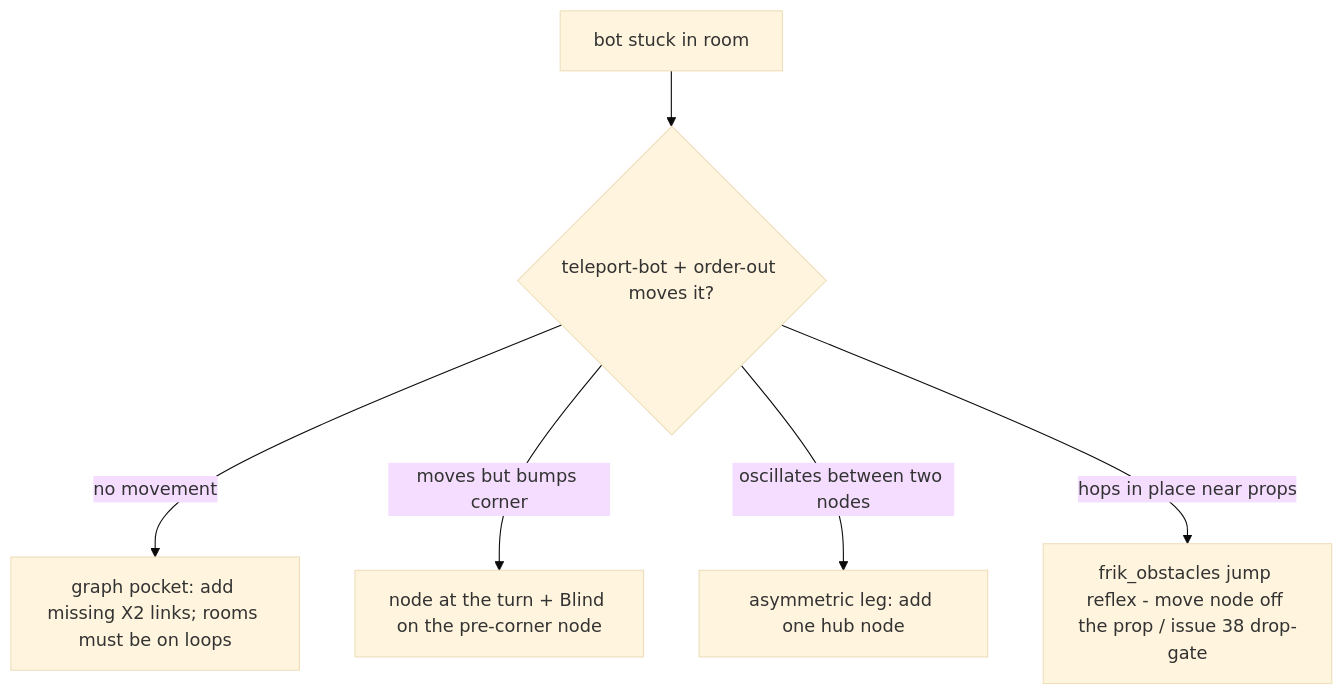
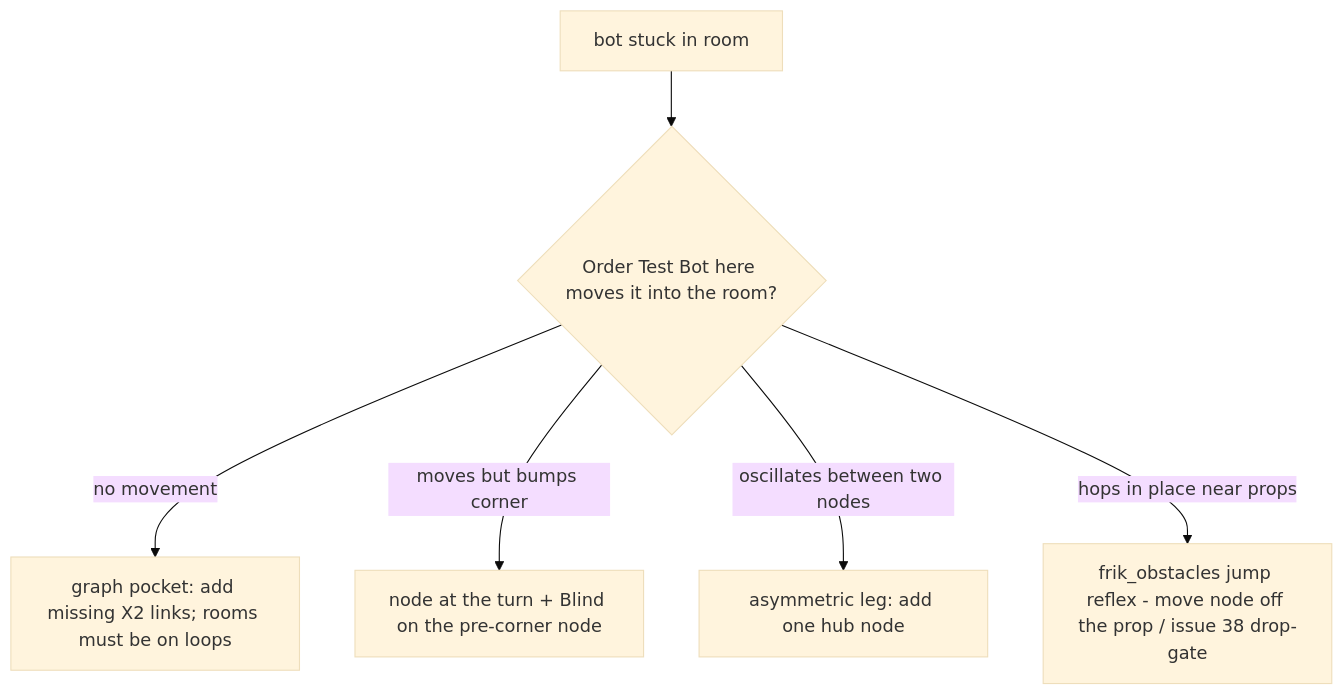
Before and after one commit to mattthw/QuakespasmSolitude: the seventh of 7 diagrams in docs/waypointing-guide.md, drawn with Mermaid (base theme). The commit also changed other lines of this file, not shown here.

Commit message:
docs: waypointing guide uses exact editor menu labels (Door Flag, Blind mode, Surface for air, Door flag no open) and real Bot Management items (Add/Order/Remove/Stop Test Bot) instead of invented commands; note [{133}] toggle marker

````diff
--- a/docs/waypointing-guide.md
+++ b/docs/waypointing-guide.md
@@ -225,8 +228,8 @@
 ```mermaid
 graph TD
-    A[bot stuck in room] --> B{teleport-bot + order-out moves it?}
+    A[bot stuck in room] --> B{Order Test Bot here moves it into the room?}
     B -->|no movement| C[graph pocket: add missing X2 links; rooms must be on loops]
     B -->|moves but bumps corner| D[node at the turn + Blind on the pre-corner node]
     B -->|oscillates between two nodes| E[asymmetric leg: add one hub node]
     B -->|hops in place near props| F[frik_obstacles jump reflex - move node off the prop / issue 38 drop-gate]
 ```
````
